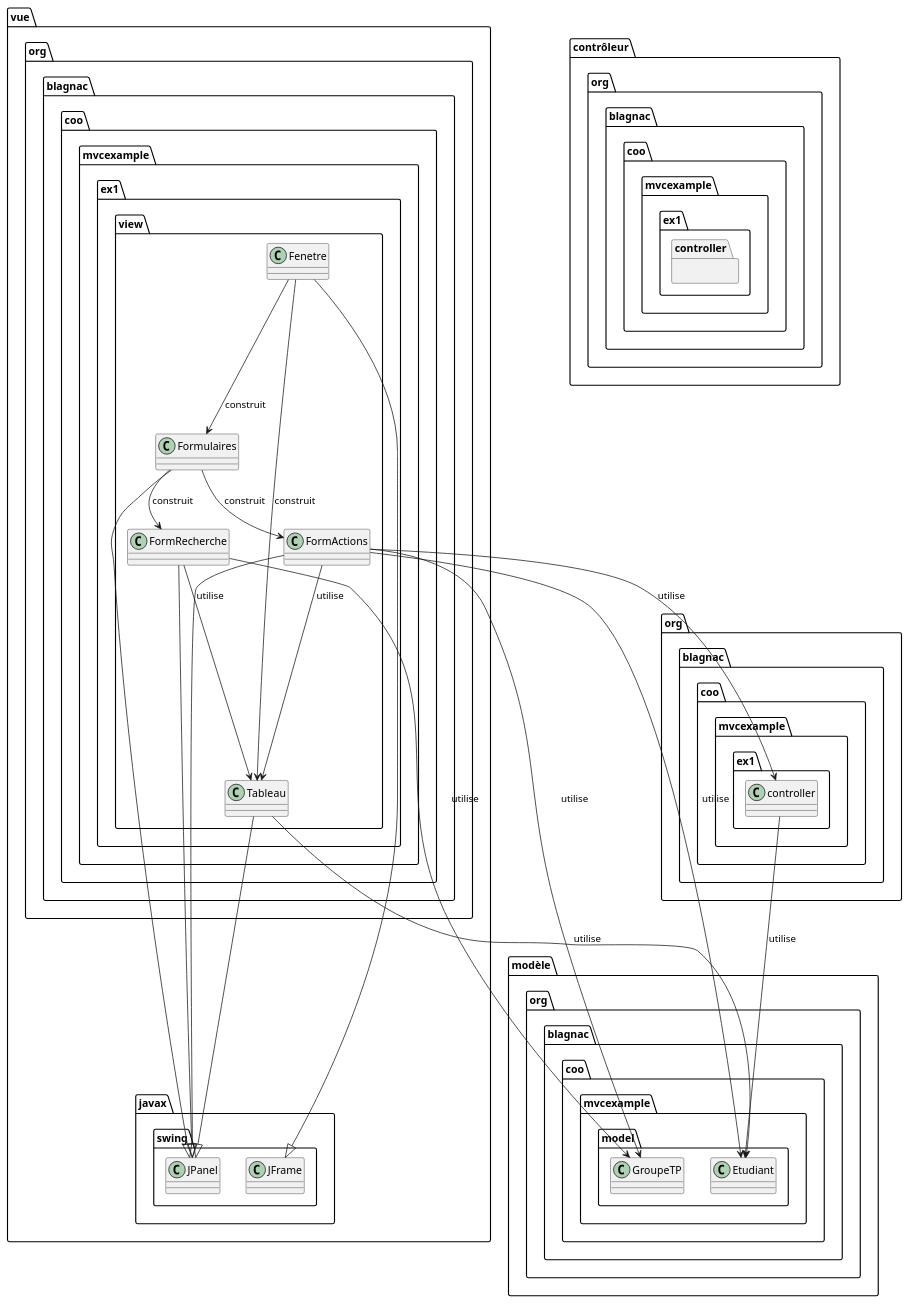
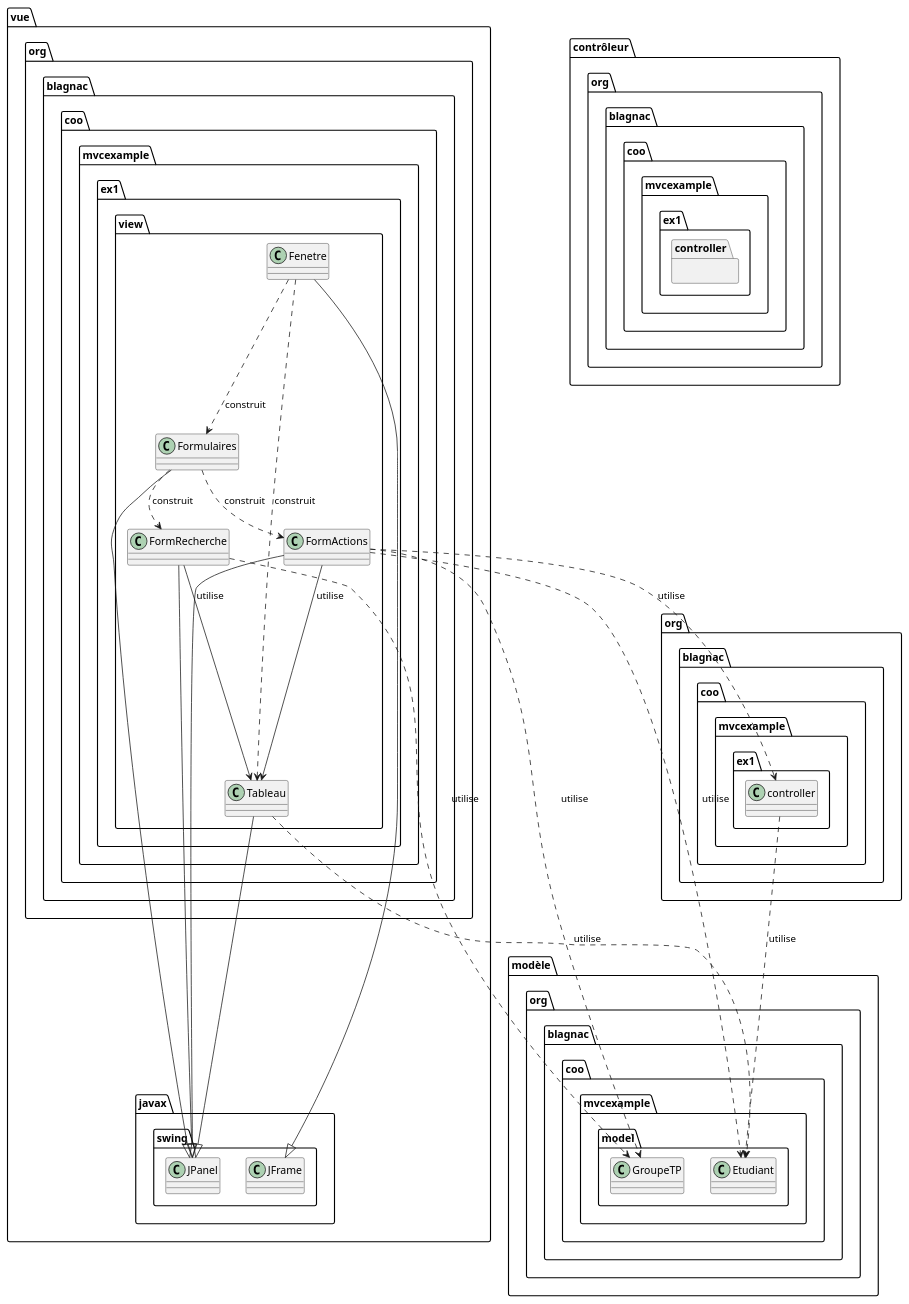
One commit to tgoubin/mvc-example changed the third of 5 diagrams in src/main/doc/exemple1.adoc. Above: the diagram before and after it, drawn with PlantUML. The commit also changed other lines of this file and 2 other files, not shown here.

Commit message:
Corrections UML

```diff
--- a/src/main/doc/exemple1.adoc
+++ b/src/main/doc/exemple1.adoc
@@ -180,53 +180,53 @@
 [plantuml, "ex1-vue", png]  
 ----
 @startuml
 
 folder vue {
 	package javax.swing {
 		class JFrame
 		class JPanel
 	}
 	
 	package org.blagnac.coo.mvcexample.ex1.view {
 		class Fenetre
 		class Formulaires
 		class Tableau
 		class FormRecherche
 		class FormActions
 	}
 }
 
 folder modèle {
 	package org.blagnac.coo.mvcexample.model {
 	    class Etudiant
 	    class GroupeTP
 	}
 }
 
 folder contrôleur {
 	package org.blagnac.coo.mvcexample.ex1.controller {
 	}
 }
 
 Fenetre --|> JFrame
 Formulaires --|> JPanel
 Tableau --|> JPanel
 FormRecherche --|> JPanel
 FormActions --|> JPanel
 
-Fenetre --> Formulaires: construit
-Fenetre --> Tableau: construit
-Formulaires --> FormRecherche: construit
-Formulaires --> FormActions: construit
+Fenetre ..> Formulaires: construit
+Fenetre ..> Tableau: construit
+Formulaires ..> FormRecherche: construit
+Formulaires ..> FormActions: construit
 FormRecherche --> Tableau: utilise
 FormActions --> Tableau: utilise
 
-FormRecherche --> GroupeTP: utilise
-FormActions --> GroupeTP: utilise
-FormActions --> Etudiant: utilise
-FormActions --> org.blagnac.coo.mvcexample.ex1.controller: utilise
-Tableau --> Etudiant: utilise
-org.blagnac.coo.mvcexample.ex1.controller --> Etudiant: utilise
+FormRecherche ..> GroupeTP: utilise
+FormActions ..> GroupeTP: utilise
+FormActions ..> Etudiant: utilise
+FormActions ..> org.blagnac.coo.mvcexample.ex1.controller: utilise
+Tableau ..> Etudiant: utilise
+org.blagnac.coo.mvcexample.ex1.controller ..> Etudiant: utilise
 
 @enduml
 ----
```
